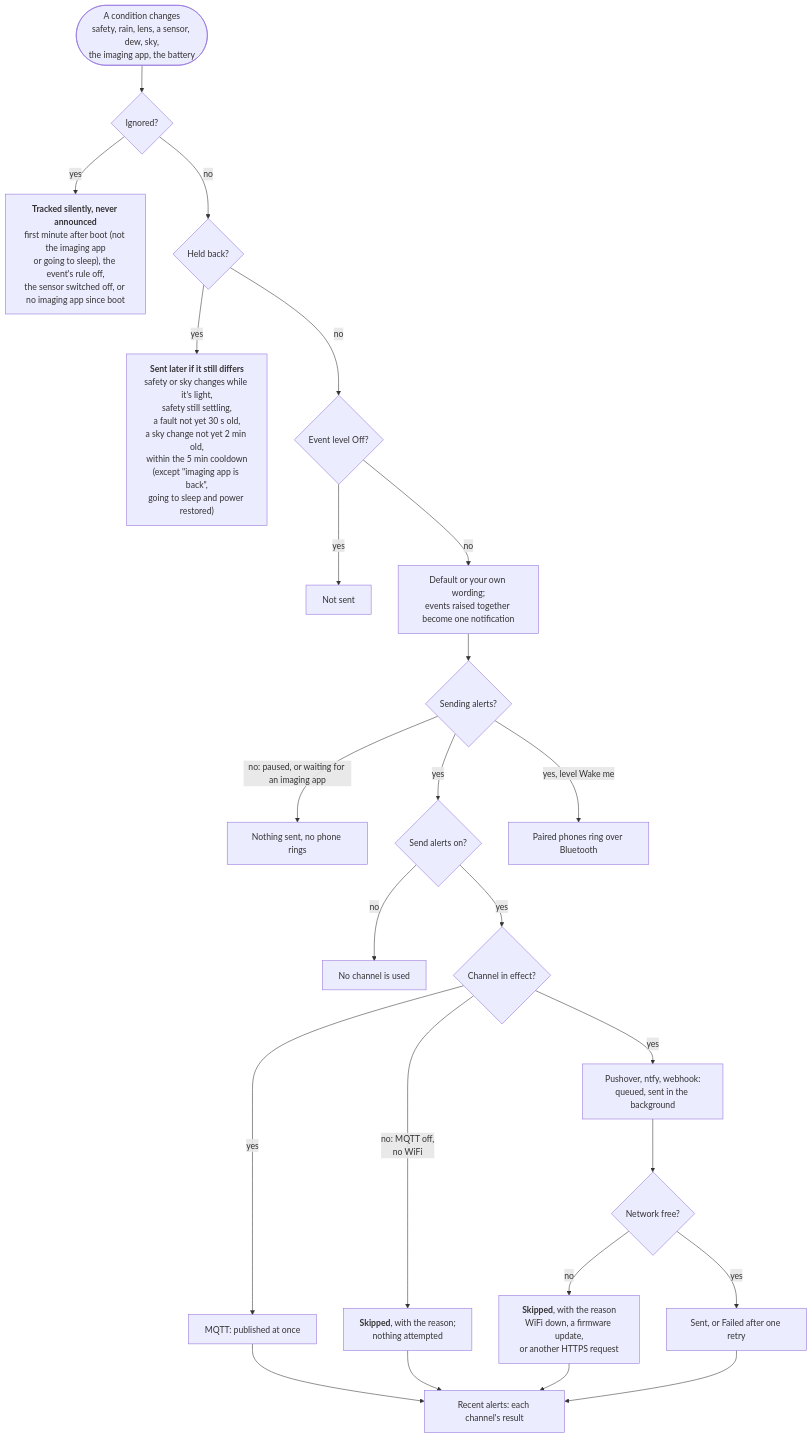
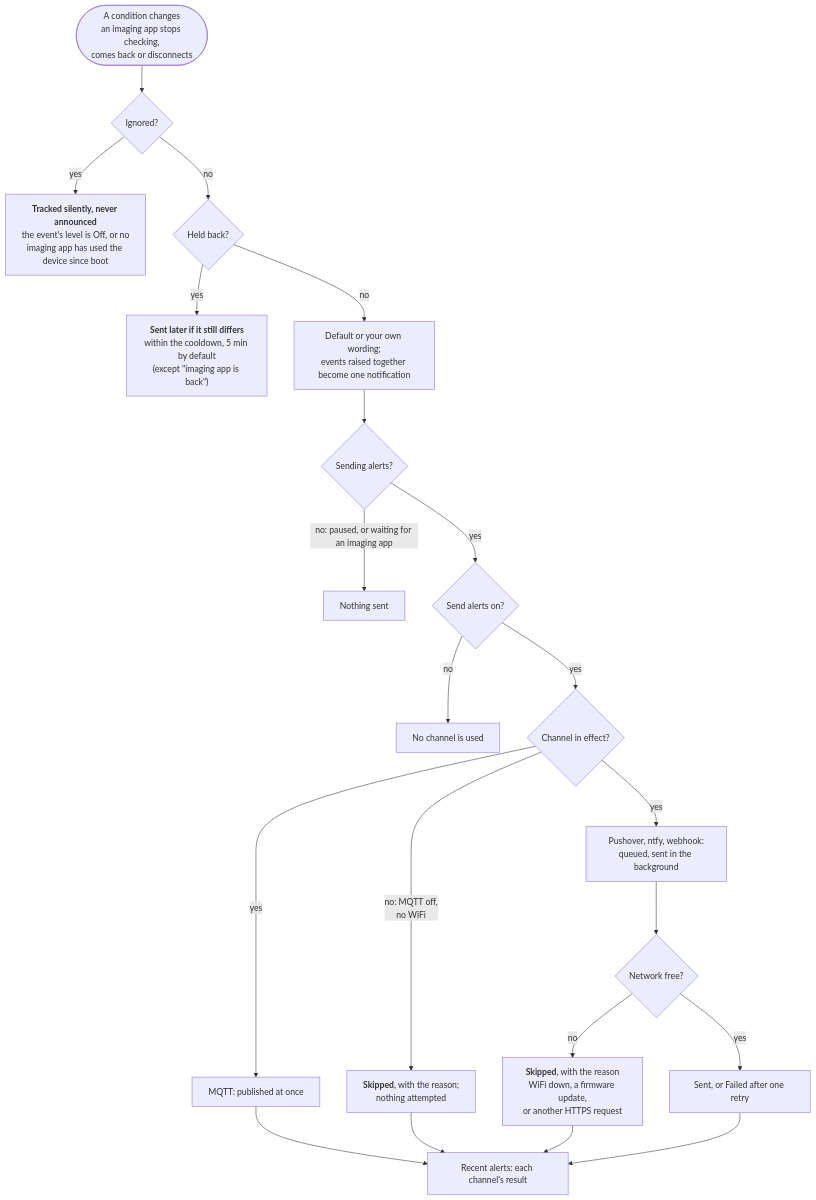
One commit to DeanJ87/RoofRoof changed the diagram in docs/user-guide/alerts.md. Above: the diagram before and after it, drawn with Mermaid. The commit also changed other lines of this file and 285 other files, not shown here.

First line of the commit message:
001: contract schemas, i18n and checkers, docs and CI, tests and brand for RoofRoof

````diff
--- a/docs/user-guide/alerts.md
+++ b/docs/user-guide/alerts.md
@@ -18,28 +21,25 @@
 ```mermaid
 flowchart TB
     accTitle: Why an alert does or doesn't arrive
-    accDescr: Each second the device compares every condition with what you were last told. A change can be tracked silently, held back for now, or dropped by its level; otherwise it is worded and, if alerts are on, sent to every enabled channel unless alerts are paused, with each channel's result recorded.
-    CHANGE(["A condition changes<br/>safety, rain, lens, a sensor, dew, sky,<br/>the imaging app, the battery"]) --> SILENT{"Ignored?"}
-    SILENT -->|yes| TRACKED["<b>Tracked silently, never announced</b><br/>first minute after boot (not the imaging app<br/>or going to sleep), the event's rule off,<br/>the sensor switched off, or no imaging app since boot"]
+    accDescr: Each second the device compares the imaging-app state with what you were last told. A change can be tracked silently, held back for now, or dropped by its level; otherwise it is worded and, if alerts are on and not paused, sent to every enabled channel, with each channel's result recorded.
+    CHANGE(["A condition changes<br/>an imaging app stops checking,<br/>comes back or disconnects"]) --> SILENT{"Ignored?"}
+    SILENT -->|yes| TRACKED["<b>Tracked silently, never announced</b><br/>the event's level is Off, or no<br/>imaging app has used the device since boot"]
     SILENT -->|no| HELD{"Held back?"}
-    HELD -->|yes| LATER["<b>Sent later if it still differs</b><br/>safety or sky changes while it's light,<br/>safety still settling,<br/>a fault not yet 30 s old,<br/>a sky change not yet 2 min old,<br/>within the 5 min cooldown<br/>(except &quot;imaging app is back&quot;,<br/>going to sleep and power restored)"]
-    HELD -->|no| LEVEL{"Event level Off?"}
-    LEVEL -->|yes| DROPPED["Not sent"]
-    LEVEL -->|no| WORDING["Default or your own wording;<br/>events raised together become one notification"]
+    HELD -->|yes| LATER["<b>Sent later if it still differs</b><br/>within the cooldown, 5 min by default<br/>(except &quot;imaging app is back&quot;)"]
+    HELD -->|no| WORDING["Default or your own wording;<br/>events raised together become one notification"]
     WORDING --> ON{"Sending alerts?"}
-    ON -->|"no: paused, or waiting for an imaging app"| NOTHING["Nothing sent, no phone rings"]
+    ON -->|"no: paused, or waiting for an imaging app"| NOTHING["Nothing sent"]
     ON -->|yes| MASTER{"Send alerts on?"}
-    ON -->|"yes, level Wake me"| BLE["Paired phones ring over Bluetooth"]
     MASTER -->|no| NOPUSH["No channel is used"]
     MASTER -->|yes| INEFFECT{"Channel in effect?"}
     INEFFECT -->|"no: MQTT off,<br/>no WiFi"| INACTIVE["<b>Skipped</b>, with the reason;<br/>nothing attempted"]
     INEFFECT -->|yes| MQTT["MQTT: published at once"]
     INEFFECT -->|yes| HTTP["Pushover, ntfy, webhook:<br/>queued, sent in the background"]
     HTTP --> CANSEND{"Network free?"}
     CANSEND -->|no| SKIPPED["<b>Skipped</b>, with the reason<br/>WiFi down, a firmware update,<br/>or another HTTPS request"]
     CANSEND -->|yes| SENT["Sent, or Failed after one retry"]
     MQTT --> RECENT["Recent alerts: each channel's result"]
     INACTIVE --> RECENT
     SKIPPED --> RECENT
     SENT --> RECENT
 ```
````
